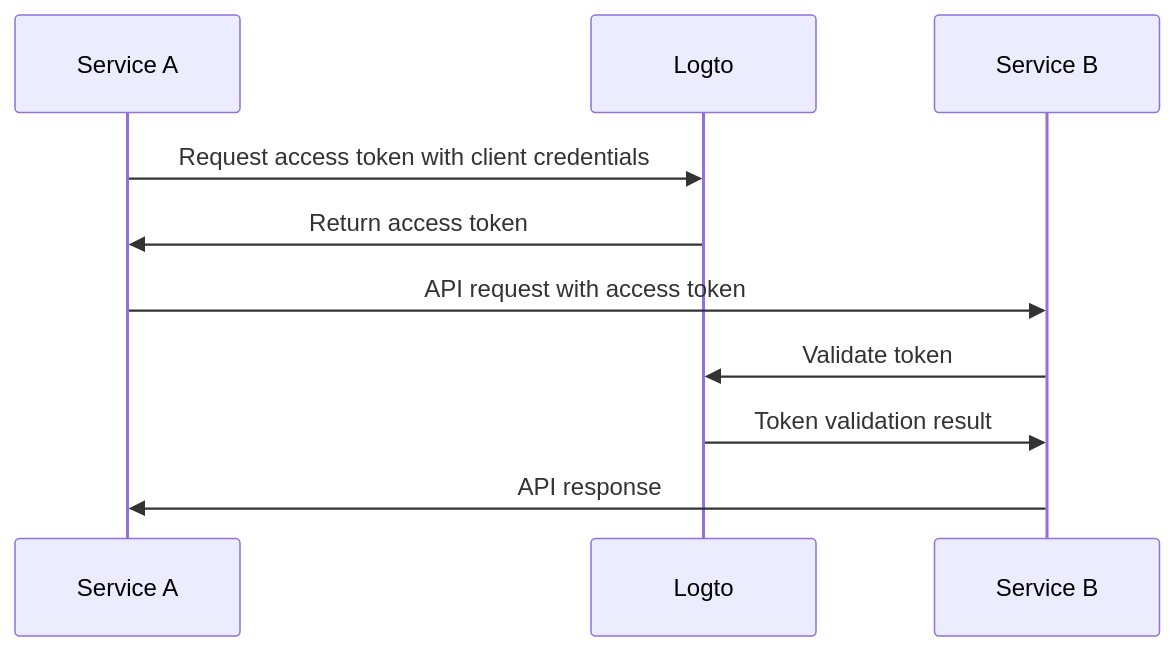
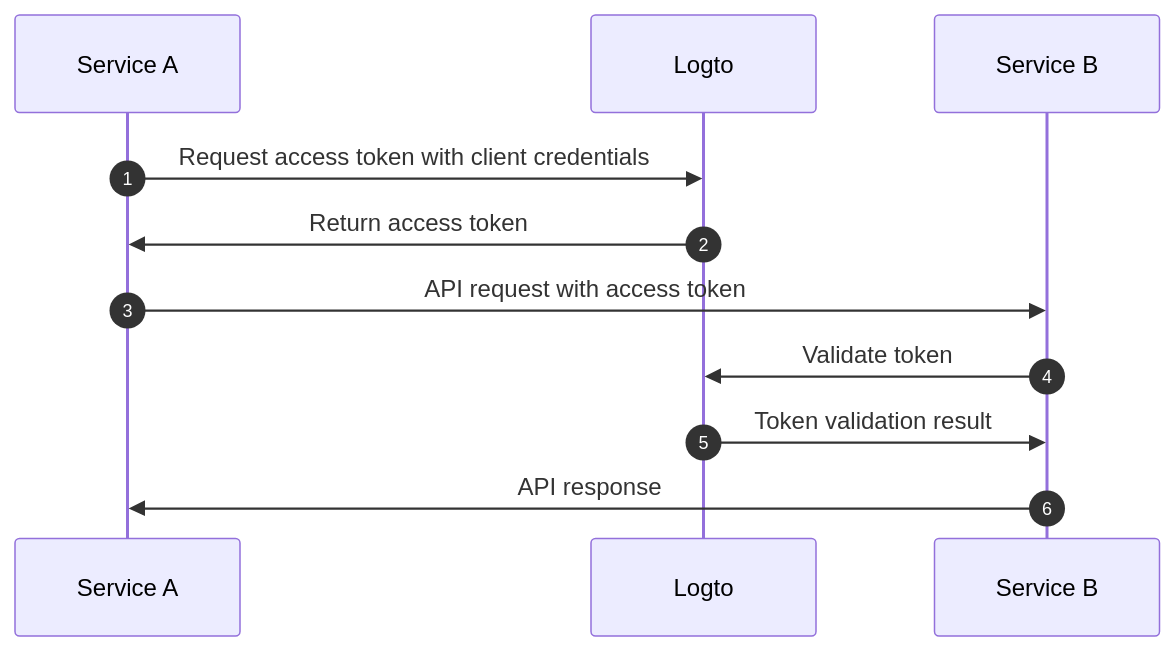
Before and after one commit to logto-io/docs: the second of 3 diagrams in docs/integrate-logto/integrate-logto-into-your-application/understand-authentication-flow.mdx, drawn with Mermaid. The commit also changed other lines of this file and 11 other files, not shown here.

````diff
--- a/docs/integrate-logto/integrate-logto-into-your-application/understand-authentication-flow.mdx
+++ b/docs/integrate-logto/integrate-logto-into-your-application/understand-authentication-flow.mdx
@@ -42,13 +42,14 @@
 ```mermaid
 sequenceDiagram
+    autonumber
     participant Service A
     participant Logto
     participant Service B
 
     Service A->>Logto: Request access token with client credentials
     Logto->>Service A: Return access token
     Service A->>Service B: API request with access token
     Service B->>Logto: Validate token
     Logto->>Service B: Token validation result
     Service B->>Service A: API response
 ```
````
